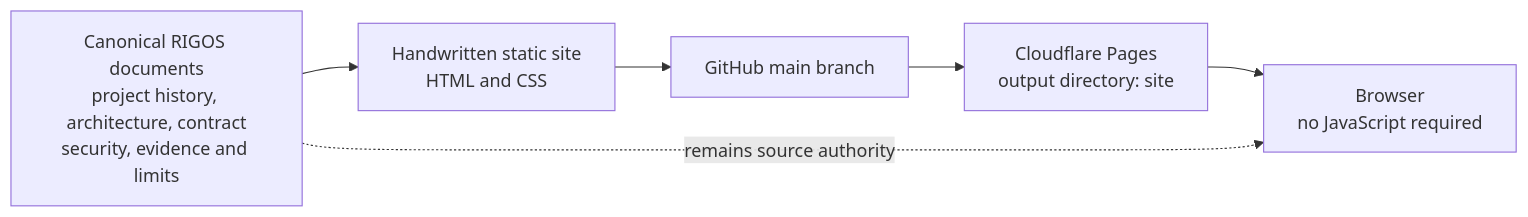
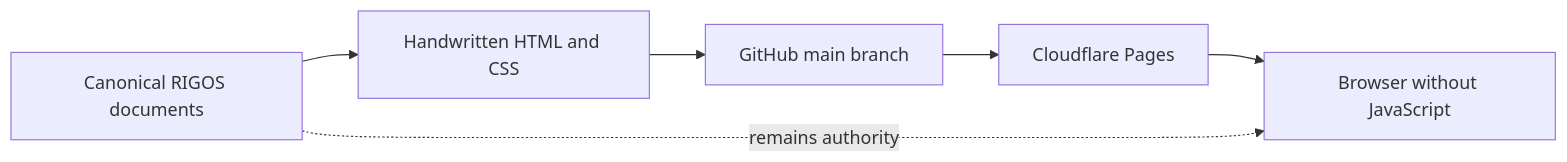
The first of 2 diagrams in site/ARCHITECTURE.md (Deadbytes101/RIGOS), drawn with Mermaid before and after one commit. The commit also changed other lines of this file, not shown here.

Commit message:
Document Mermaid SVG boundary

````diff
--- a/site/ARCHITECTURE.md
+++ b/site/ARCHITECTURE.md
@@ -11,14 +11,14 @@
 ```mermaid
 flowchart LR
-    DOCS["Canonical RIGOS documents\nproject history, architecture, contract\nsecurity, evidence and limits"]
-    SITE["Handwritten static site\nHTML and CSS"]
+    DOCS["Canonical RIGOS documents"]
+    SITE["Handwritten HTML and CSS"]
     GIT["GitHub main branch"]
-    PAGES["Cloudflare Pages\noutput directory: site"]
-    READER["Browser\nno JavaScript required"]
+    PAGES["Cloudflare Pages"]
+    READER["Browser without JavaScript"]
 
     DOCS --> SITE
     SITE --> GIT
     GIT --> PAGES
     PAGES --> READER
-    DOCS -. "remains source authority" .-> READER
+    DOCS -. "remains authority" .-> READER
 ```
````
